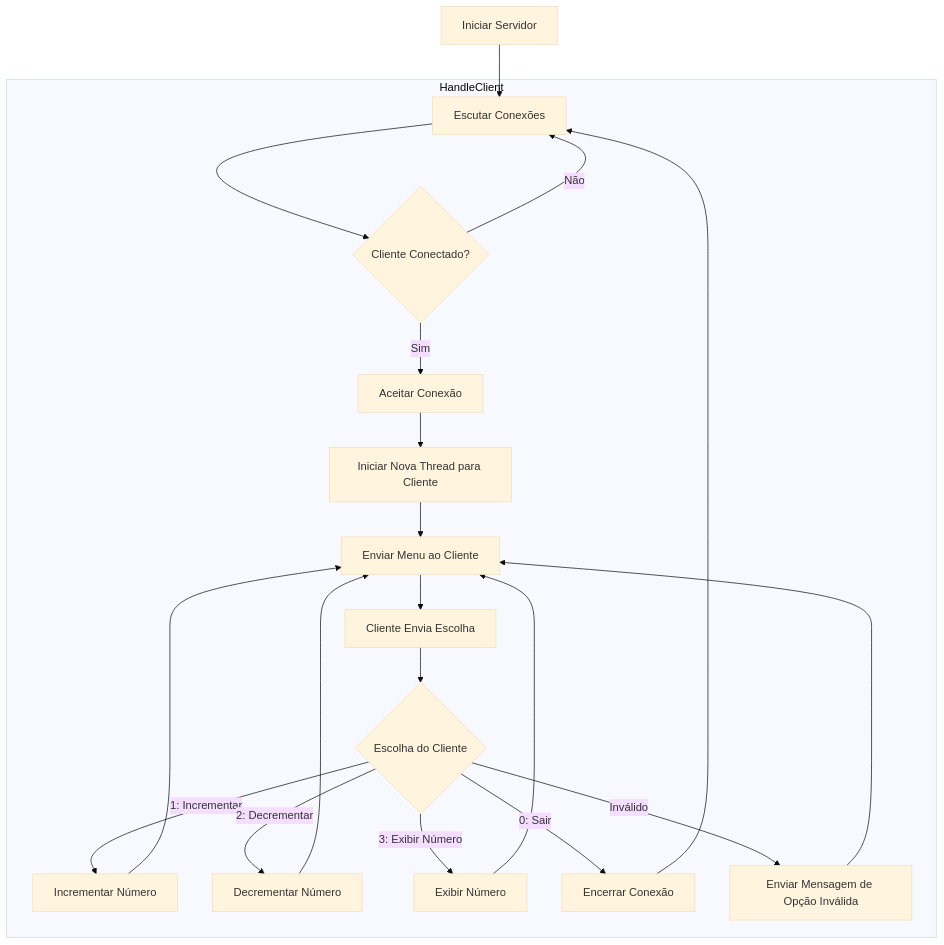
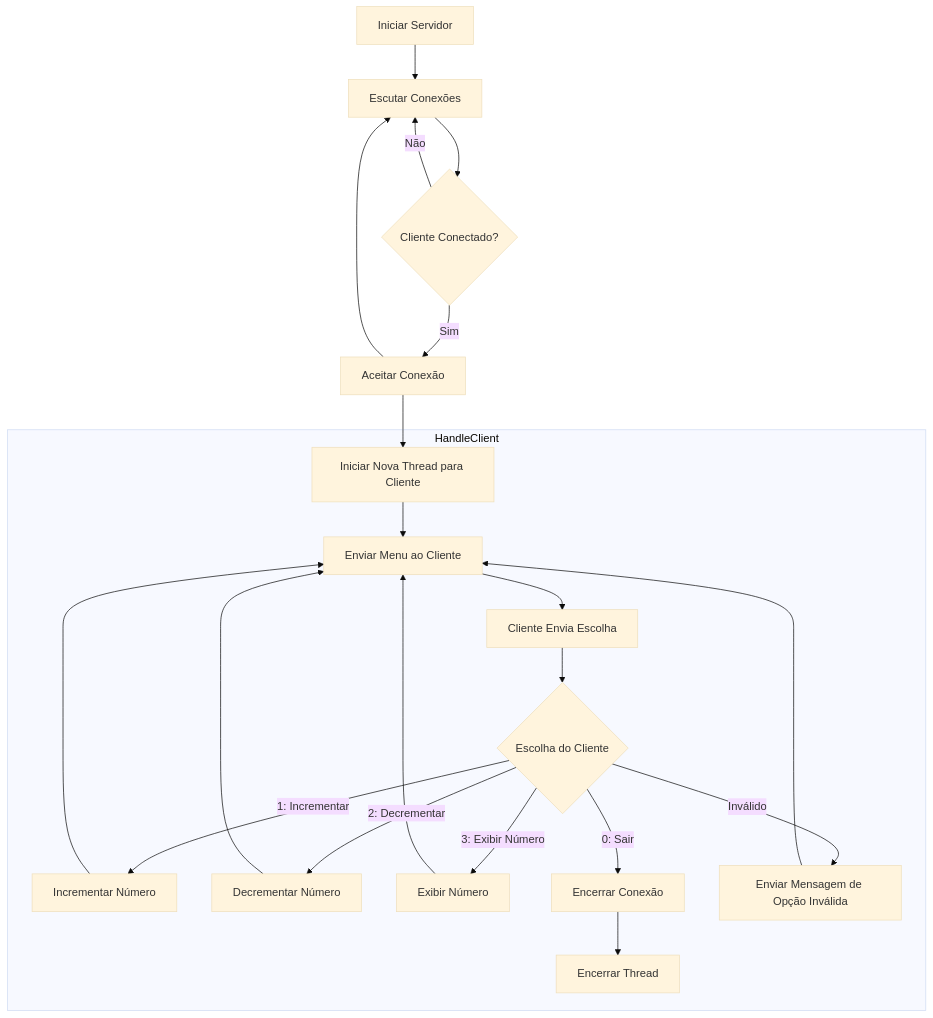
One commit to lupamedeiros/pjd_redes changed the diagram in aula_03/README.md. Above: the diagram before and after it, drawn with Mermaid (base theme). The commit also changed 27 other files, not shown here.

````diff
--- a/aula_03/README.md
+++ b/aula_03/README.md
@@ -9,23 +9,24 @@
 ```mermaid
 flowchart TD    
     A[Iniciar Servidor] --> B[Escutar Conexões]
     B --> C{Cliente Conectado?}
     C -- Não --> B
-    subgraph HandleClient
     C -- Sim --> D[Aceitar Conexão]
     D --> E[Iniciar Nova Thread para Cliente]
-    E --> F[Enviar Menu ao Cliente]
-    F --> G[Cliente Envia Escolha]
-    G --> H{Escolha do Cliente}
-    H -- 1: Incrementar --> I[Incrementar Número]
-    H -- 2: Decrementar --> J[Decrementar Número]
-    H -- 3: Exibir Número --> K[Exibir Número]
-    H -- 0: Sair --> L[Encerrar Conexão]
-    H -- Inválido --> M[Enviar Mensagem de Opção Inválida]
-    I --> F[Enviar Menu ao Cliente]
-    J --> F[Enviar Menu ao Cliente]
-    K --> F[Enviar Menu ao Cliente]
-    M --> F[Enviar Menu ao Cliente]
-    L --> B
+    D --> B
+    subgraph HandleClient
+        E --> F[Enviar Menu ao Cliente]
+        F --> G[Cliente Envia Escolha]
+        G --> H{Escolha do Cliente}
+        H -- 1: Incrementar --> I[Incrementar Número]
+        H -- 2: Decrementar --> J[Decrementar Número]
+        H -- 3: Exibir Número --> K[Exibir Número]
+        H -- 0: Sair --> L[Encerrar Conexão]
+        H -- Inválido --> M[Enviar Mensagem de Opção Inválida]
+        I --> F[Enviar Menu ao Cliente]
+        J --> F[Enviar Menu ao Cliente]
+        K --> F[Enviar Menu ao Cliente]
+        M --> F[Enviar Menu ao Cliente]
+        L --> N[Encerrar Thread]
     end
 ```
````
